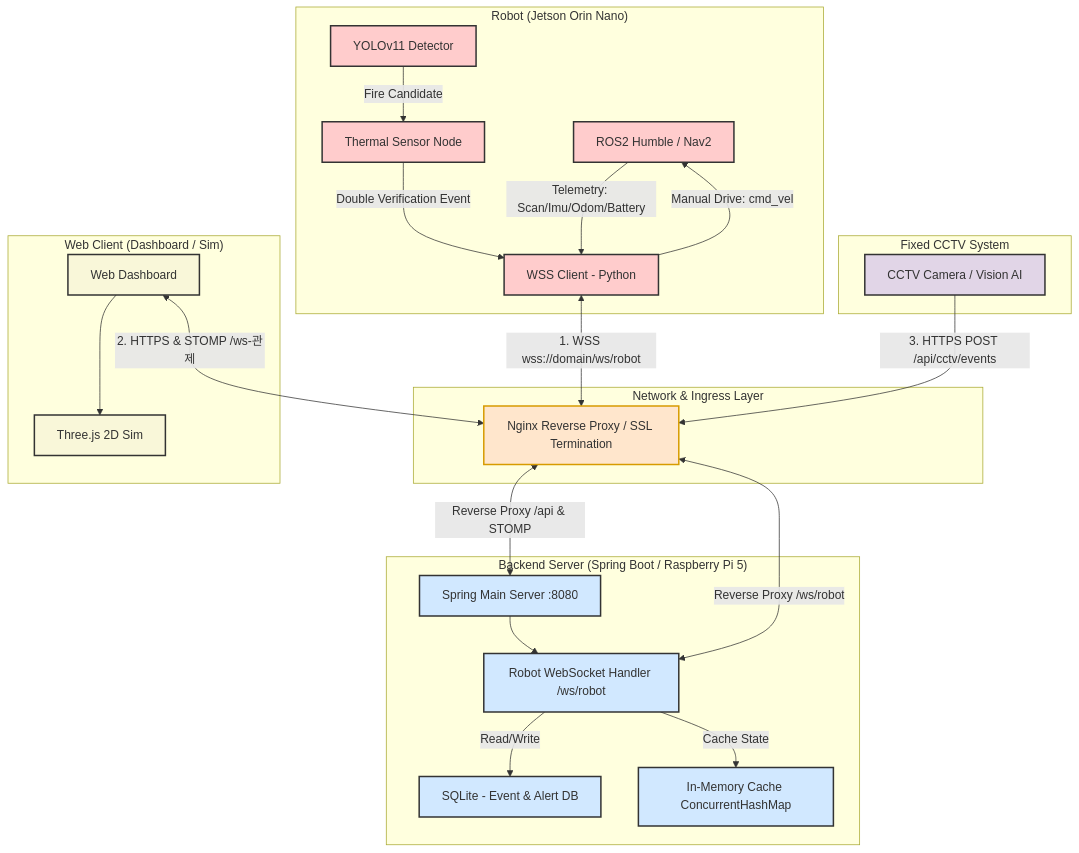
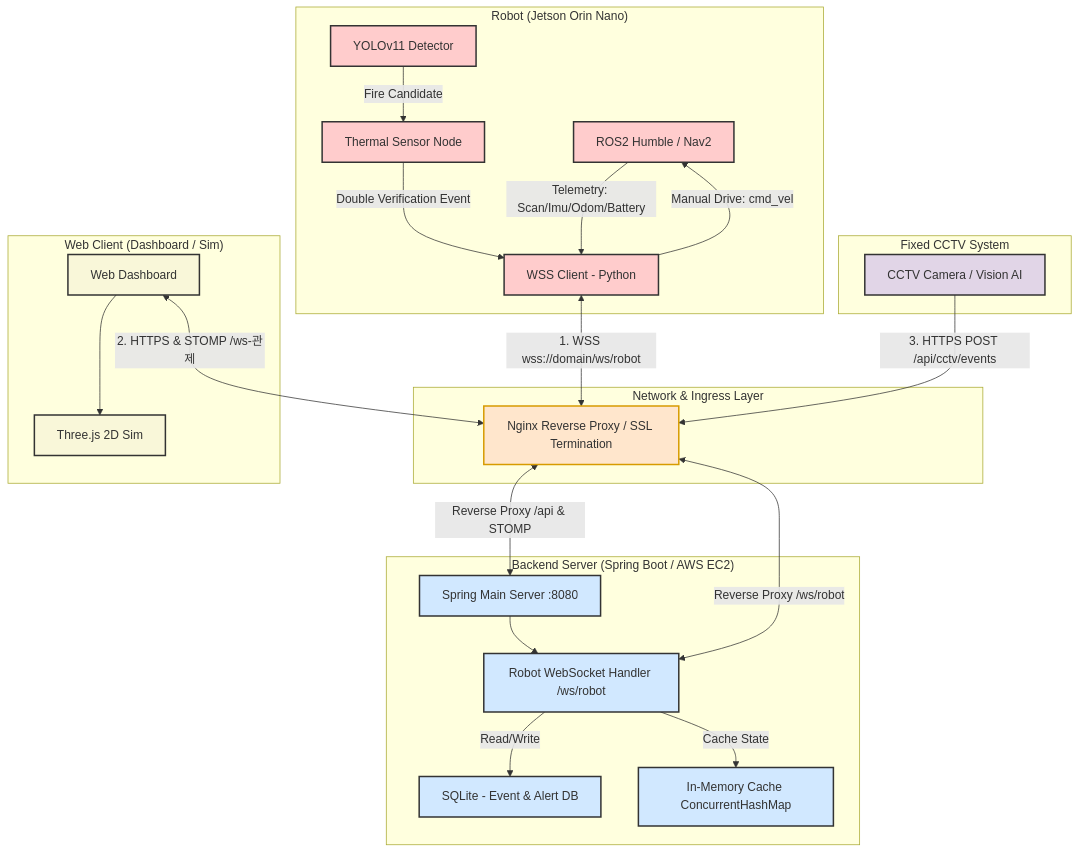
One commit to jinsung-mo/-BBIYONG-autonomous_driving_factory_patrol_robot changed the first of 2 diagrams in BE_system/architecture_and_api_spec.md. Above: the diagram before and after it, drawn with Mermaid. The commit also changed other lines of this file and 1 other file, not shown here.

Commit message:
[S15P11E101-343] docs: [System] 백엔드 호스트 Raspberry Pi 5 제거 및 AWS EC2 실행 반영

````diff
--- a/BE_system/architecture_and_api_spec.md
+++ b/BE_system/architecture_and_api_spec.md
@@ -13,60 +13,60 @@
 ```mermaid
 flowchart TD
     subgraph "Robot (Jetson Orin Nano)"
         ROS2[ROS2 Humble / Nav2]
         YOLO[YOLOv11 Detector]
         ThermalNode[Thermal Sensor Node]
         WssClient[WSS Client - Python]
         
         YOLO -->|Fire Candidate| ThermalNode
         ThermalNode -->|Double Verification Event| WssClient
         ROS2 -->|Telemetry: Scan/Imu/Odom/Battery| WssClient
         WssClient -->|Manual Drive: cmd_vel| ROS2
     end
 
     subgraph "Fixed CCTV System"
         CCTV[CCTV Camera / Vision AI]
     end
 
     subgraph "Network & Ingress Layer"
         Nginx[Nginx Reverse Proxy / SSL Termination]
     end
 
-    subgraph "Backend Server (Spring Boot / Raspberry Pi 5)"
+    subgraph "Backend Server (Spring Boot / AWS EC2)"
         Spring[Spring Main Server :8080]
         WssEndpoint[Robot WebSocket Handler /ws/robot]
         SQLite[SQLite - Event & Alert DB]
         InMemory[In-Memory Cache ConcurrentHashMap]
         
         WssEndpoint -->|Read/Write| SQLite
         WssEndpoint -->|Cache State| InMemory
         Spring --> WssEndpoint
     end
 
     subgraph "Web Client (Dashboard / Sim)"
         WebClient[Web Dashboard]
         ThreeJS[Three.js 2D Sim]
         
         WebClient --> ThreeJS
     end
 
     %% Flow Connections via Nginx Ingress
     WssClient <-->|1. WSS wss://domain/ws/robot| Nginx
     WebClient <-->|2. HTTPS & STOMP /ws-관제| Nginx
     CCTV -->|3. HTTPS POST /api/cctv/events| Nginx
     
     Nginx <-->|Reverse Proxy /ws/robot| WssEndpoint
     Nginx <-->|Reverse Proxy /api & STOMP| Spring
 
     classDef robot fill:#ffcccc,stroke:#333,stroke-width:2px,color:#333
     classDef backend fill:#d1e8ff,stroke:#333,stroke-width:2px,color:#333
     classDef web fill:#f9f7d9,stroke:#333,stroke-width:2px,color:#333
     classDef cctv fill:#e1d5e7,stroke:#333,stroke-width:2px,color:#333
     classDef ingress fill:#ffe6cc,stroke:#d79b00,stroke-width:2px,color:#333
 
     class ROS2,YOLO,ThermalNode,WssClient robot
     class Spring,WssEndpoint,SQLite,InMemory backend
     class WebClient,ThreeJS web
     class CCTV cctv
     class Nginx ingress
 ```
````
